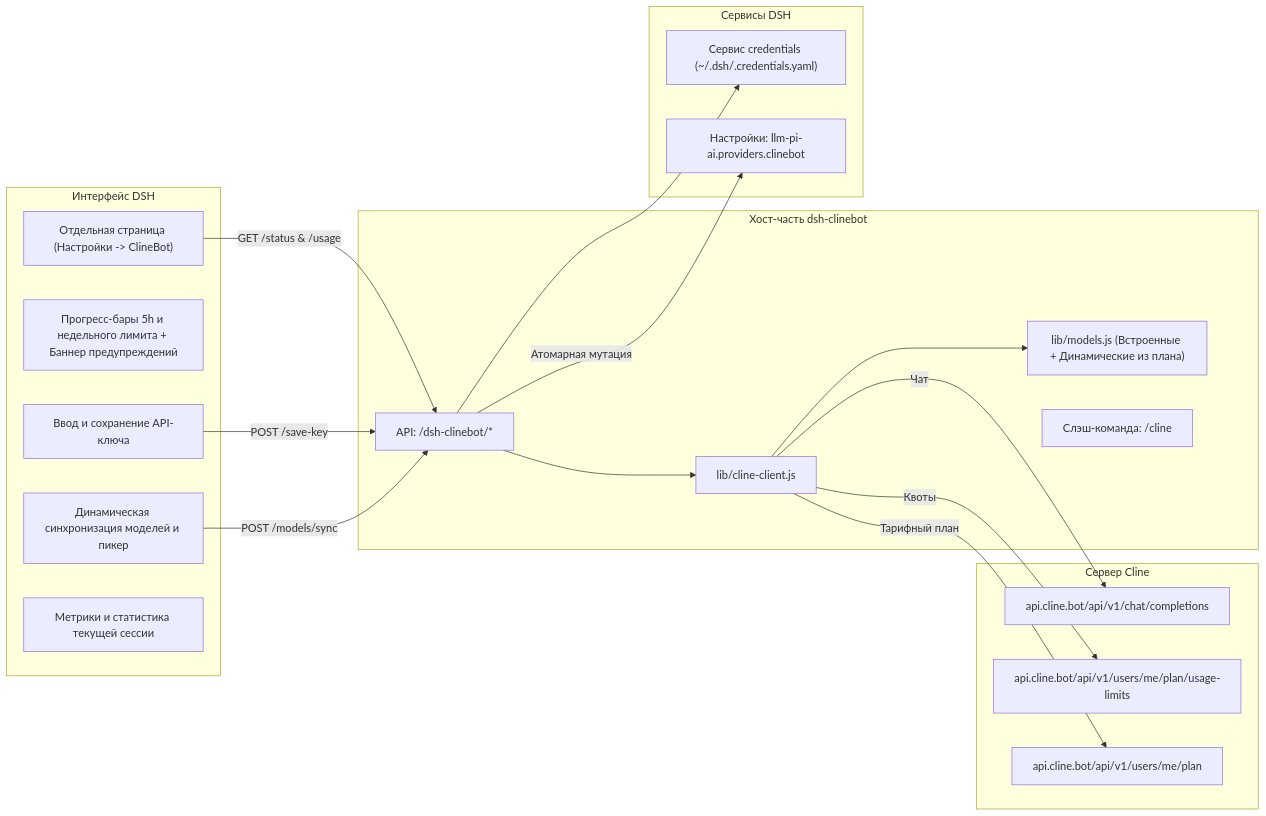
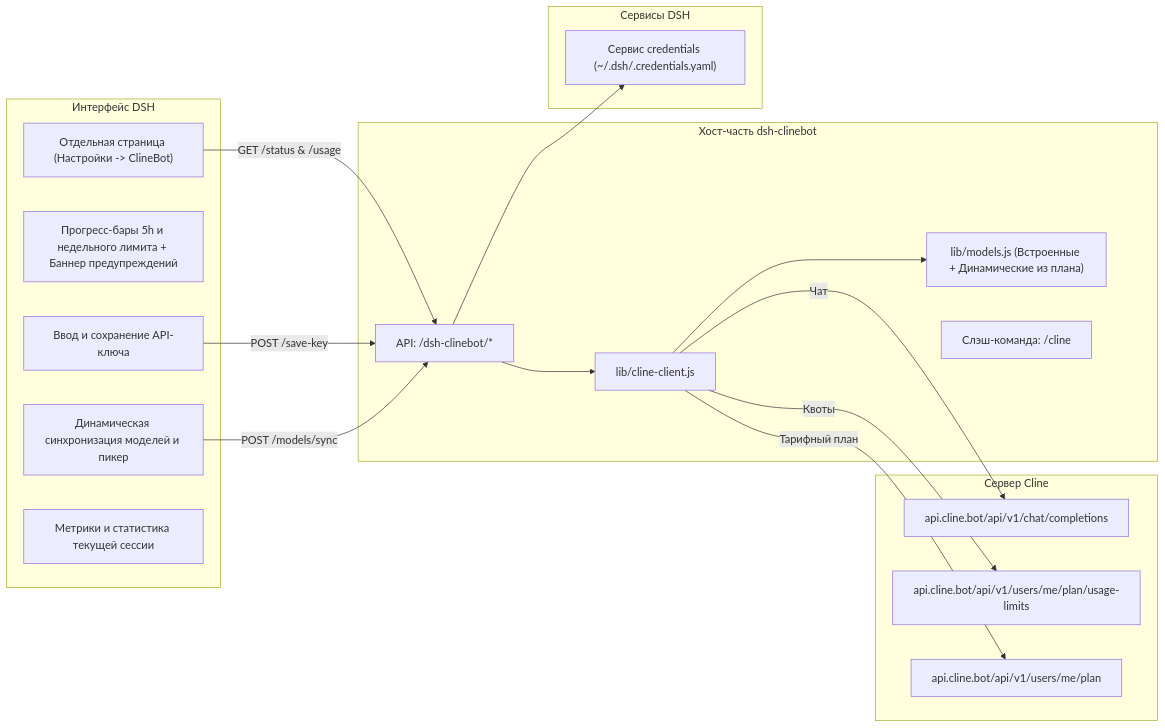
Before and after one commit to GooDAnDReaDY/dsh-clinebot: the diagram in README.ru.md, drawn with Mermaid. The commit also changed other lines of this file and 32 other files, not shown here.

````diff
--- a/README.ru.md
+++ b/README.ru.md
@@ -68,39 +68,37 @@
 ```mermaid
 graph LR
     subgraph UI [Интерфейс DSH]
         Page["Отдельная страница (Настройки -> ClineBot)"]
         QuotaBar["Прогресс-бары 5h и недельного лимита + Баннер предупреждений"]
         KeyInput["Ввод и сохранение API-ключа"]
         ModelPick["Динамическая синхронизация моделей и пикер"]
         StatsCard["Метрики и статистика текущей сессии"]
     end
 
     subgraph PluginHost [Хост-часть dsh-clinebot]
         HttpEndpoints["API: /dsh-clinebot/*"]
         ClientCore["lib/cline-client.js"]
         ModelCatalog["lib/models.js (Встроенные + Динамические из плана)"]
         SlashCmd["Слэш-команда: /cline"]
     end
 
     subgraph DSHCore [Сервисы DSH]
         Credentials["Сервис credentials (~/.dsh/.credentials.yaml)"]
-        PiAi["Настройки: llm-pi-ai.providers.clinebot"]
     end
 
     subgraph Upstream [Сервер Cline]
         ClinePass["api.cline.bot/api/v1/chat/completions"]
         ClineQuota["api.cline.bot/api/v1/users/me/plan/usage-limits"]
         ClinePlan["api.cline.bot/api/v1/users/me/plan"]
     end
 
     Page -->|GET /status & /usage| HttpEndpoints
     KeyInput -->|POST /save-key| HttpEndpoints
     ModelPick -->|POST /models/sync| HttpEndpoints
     HttpEndpoints --> Credentials
     HttpEndpoints --> ClientCore
     ClientCore --> ModelCatalog
-    HttpEndpoints -->|Атомарная мутация| PiAi
     ClientCore -->|Чат| ClinePass
     ClientCore -->|Квоты| ClineQuota
     ClientCore -->|Тарифный план| ClinePlan
 ```
````
